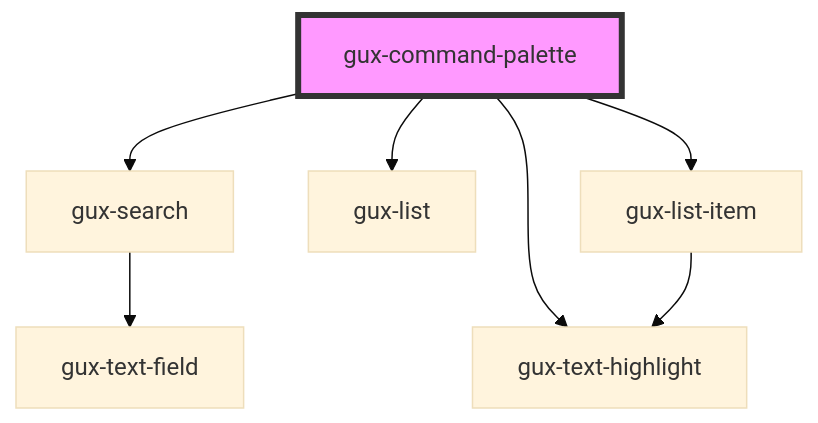
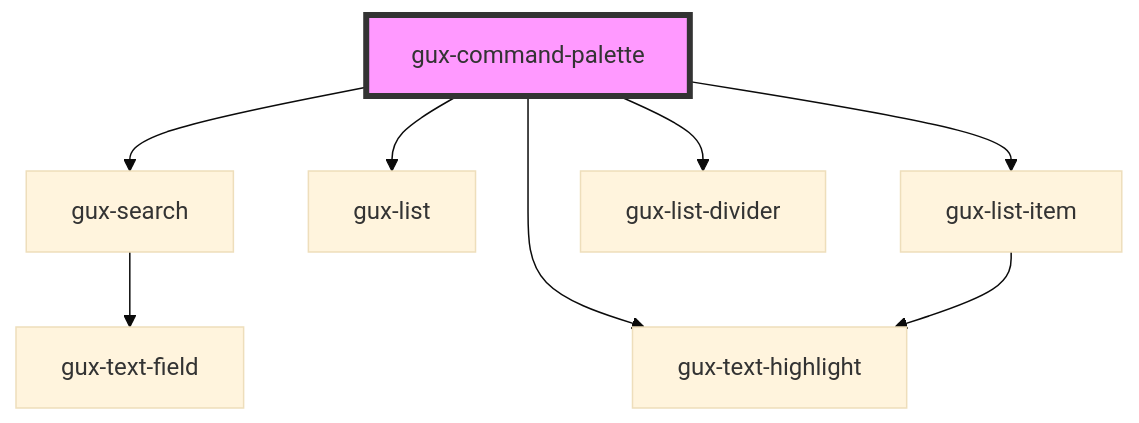
The diagram in src/components/global/gux-command-palette/readme.md (MyPureCloud/genesys-spark), drawn with Mermaid (base theme) before and after one commit. The commit also changed other lines of this file and 3 other files, not shown here.

Commit message:
feat(command-palette): rank recent higher in filter

````diff
--- a/src/components/global/gux-command-palette/readme.md
+++ b/src/components/global/gux-command-palette/readme.md
@@ -60,10 +61,11 @@
 ```mermaid
 graph TD;
   gux-command-palette --> gux-search
   gux-command-palette --> gux-list
   gux-command-palette --> gux-list-item
   gux-command-palette --> gux-text-highlight
+  gux-command-palette --> gux-list-divider
   gux-search --> gux-text-field
   gux-list-item --> gux-text-highlight
   style gux-command-palette fill:#f9f,stroke:#333,stroke-width:4px
 ```
````
